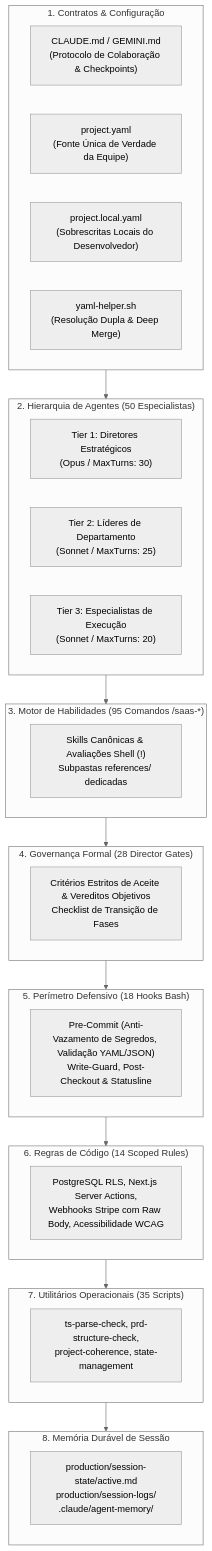
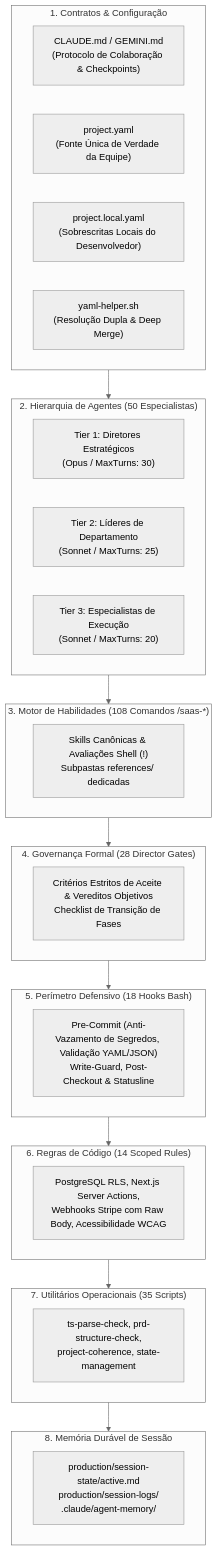
One commit to Basinfy/Basinfy-SaaS-Studio changed the diagram in README.md. Above: the diagram before and after it, drawn with Mermaid (neutral theme). The commit also changed other lines of this file and 19 other files, not shown here.

````diff
--- a/README.md
+++ b/README.md
@@ -178,47 +222,47 @@
 ```mermaid
 flowchart TD
     subgraph ConfigLayer["1. Contratos & Configuração"]
         CM["CLAUDE.md / GEMINI.md<br/>(Protocolo de Colaboração & Checkpoints)"]
         PY["project.yaml<br/>(Fonte Única de Verdade da Equipe)"]
         PLY["project.local.yaml<br/>(Sobrescritas Locais do Desenvolvedor)"]
         YH["yaml-helper.sh<br/>(Resolução Dupla & Deep Merge)"]
     end
 
     subgraph AgentLayer["2. Hierarquia de Agentes (50 Especialistas)"]
         T1["Tier 1: Diretores Estratégicos<br/>(Opus / MaxTurns: 30)"]
         T2["Tier 2: Líderes de Departamento<br/>(Sonnet / MaxTurns: 25)"]
         T3["Tier 3: Especialistas de Execução<br/>(Sonnet / MaxTurns: 20)"]
     end
 
-    subgraph SkillLayer["3. Motor de Habilidades (95 Comandos /saas-*)"]
+    subgraph SkillLayer["3. Motor de Habilidades (108 Comandos /saas-*)"]
         SK["Skills Canônicas & Avaliações Shell (!)<br/>Subpastas references/ dedicadas"]
     end
 
     subgraph GateLayer["4. Governança Formal (28 Director Gates)"]
         DG["Critérios Estritos de Aceite & Vereditos Objetivos<br/>Checklist de Transição de Fases"]
     end
 
     subgraph HookLayer["5. Perímetro Defensivo (18 Hooks Bash)"]
         HK["Pre-Commit (Anti-Vazamento de Segredos, Validação YAML/JSON)<br/>Write-Guard, Post-Checkout & Statusline"]
     end
 
     subgraph RuleLayer["6. Regras de Código (14 Scoped Rules)"]
         RL["PostgreSQL RLS, Next.js Server Actions,<br/>Webhooks Stripe com Raw Body, Acessibilidade WCAG"]
     end
 
     subgraph ScriptLayer["7. Utilitários Operacionais (35 Scripts)"]
         SC["ts-parse-check, prd-structure-check,<br/>project-coherence, state-management"]
     end
 
     subgraph StateLayer["8. Memória Durável de Sessão"]
         SS["production/session-state/active.md<br/>production/session-logs/<br/>.claude/agent-memory/"]
     end
 
     ConfigLayer --> AgentLayer
     AgentLayer --> SkillLayer
     SkillLayer --> GateLayer
     GateLayer --> HookLayer
     HookLayer --> RuleLayer
     RuleLayer --> ScriptLayer
     ScriptLayer --> StateLayer
 ```
````
